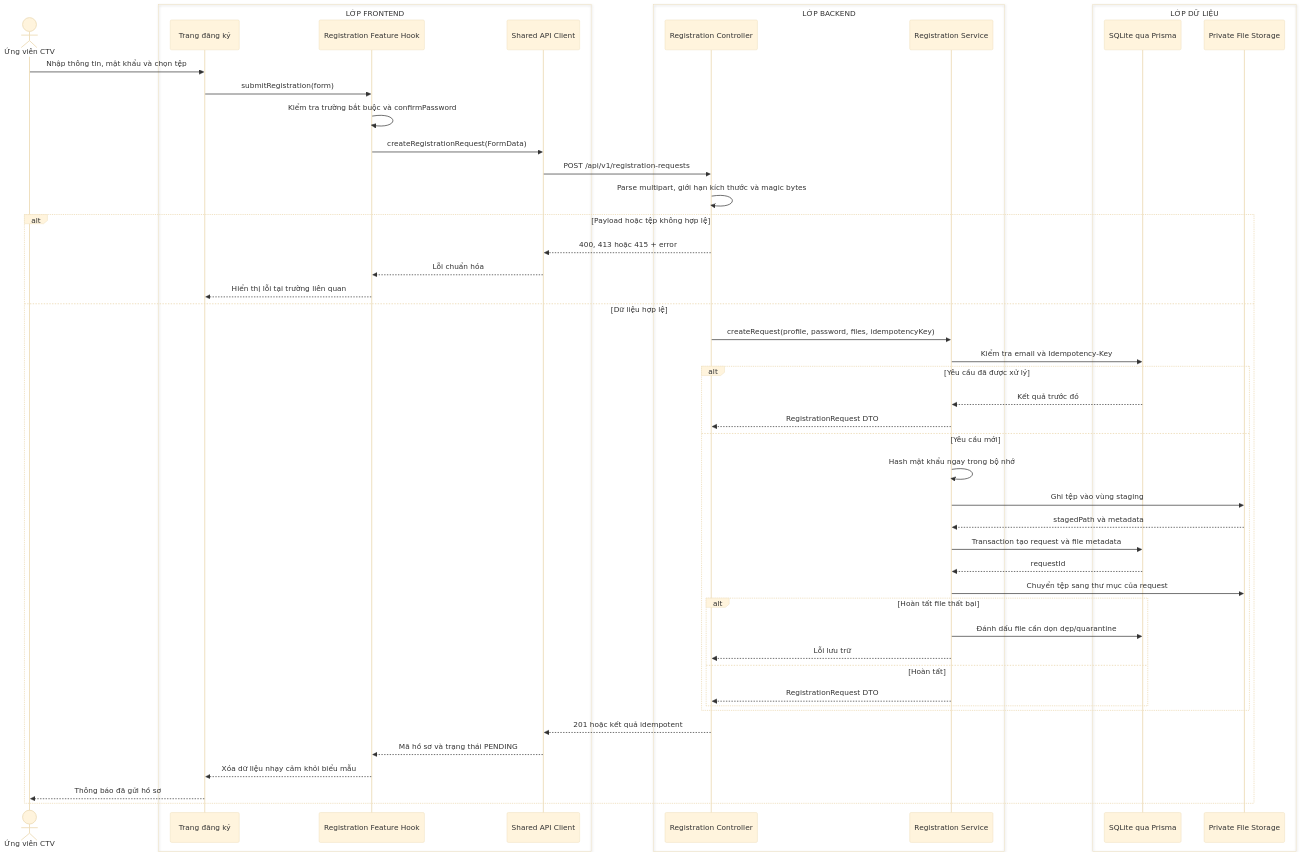
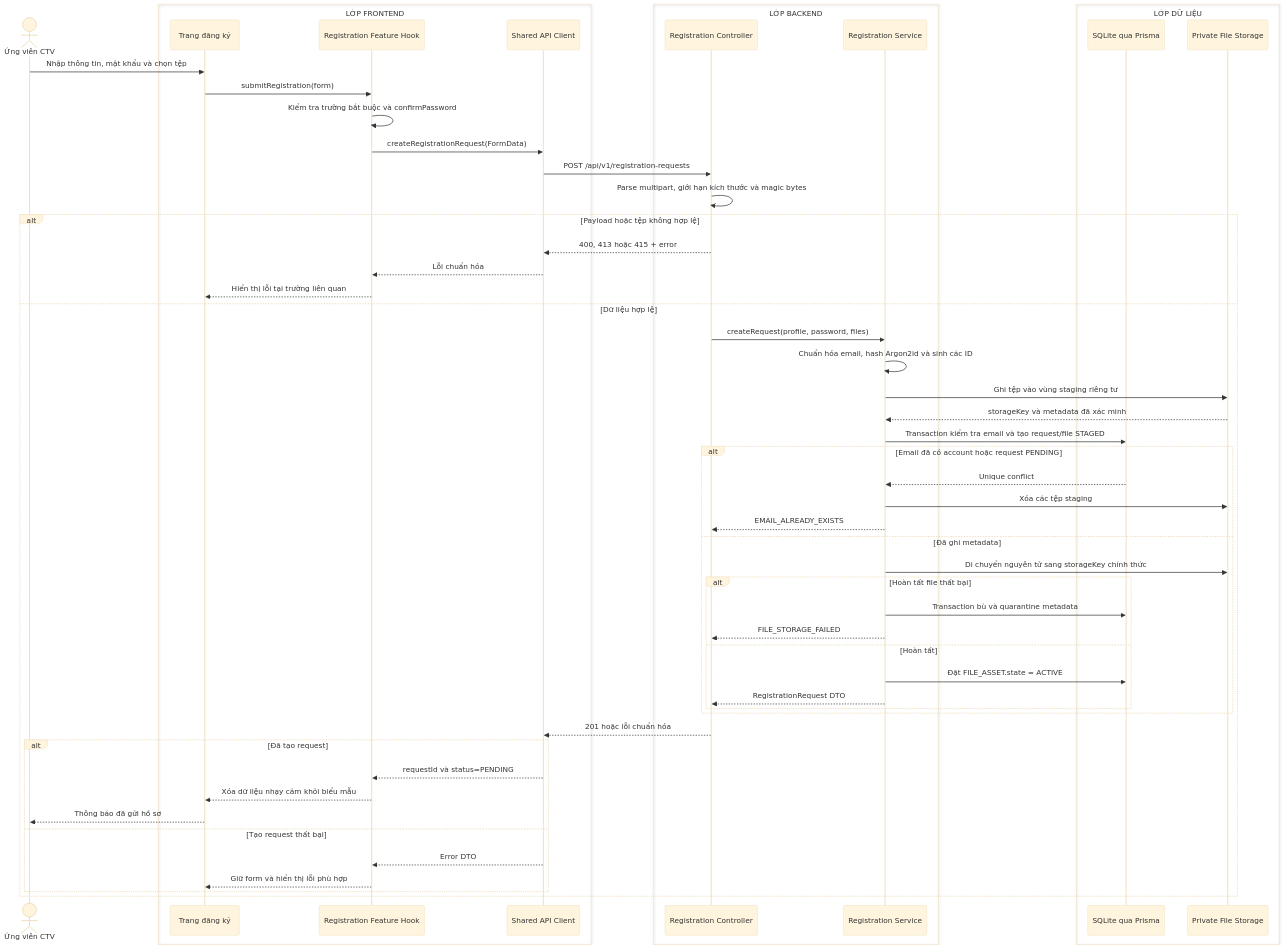
One commit to MINHDZVODICH/ctv-manage changed the diagram in docs/sequence-diagrams/02-dang-ky.md. Above: the diagram before and after it, drawn with Mermaid (base theme). The commit also changed other lines of this file and 227 other files, not shown here.

````diff
--- a/docs/sequence-diagrams/02-dang-ky.md
+++ b/docs/sequence-diagrams/02-dang-ky.md
@@ -5,54 +5,59 @@
 ```mermaid
 sequenceDiagram
     actor U as Ứng viên CTV
     box LỚP FRONTEND
         participant UI as Trang đăng ký
         participant H as Registration Feature Hook
         participant API as Shared API Client
     end
     box LỚP BACKEND
         participant C as Registration Controller
         participant S as Registration Service
     end
     box LỚP DỮ LIỆU
         participant DB as SQLite qua Prisma
         participant FS as Private File Storage
     end
 
     U->>UI: Nhập thông tin, mật khẩu và chọn tệp
     UI->>H: submitRegistration(form)
     H->>H: Kiểm tra trường bắt buộc và confirmPassword
     H->>API: createRegistrationRequest(FormData)
     API->>C: POST /api/v1/registration-requests
     C->>C: Parse multipart, giới hạn kích thước và magic bytes
 
     alt Payload hoặc tệp không hợp lệ
         C-->>API: 400, 413 hoặc 415 + error
         API-->>H: Lỗi chuẩn hóa
         H-->>UI: Hiển thị lỗi tại trường liên quan
     else Dữ liệu hợp lệ
-        C->>S: createRequest(profile, password, files, idempotencyKey)
-        S->>DB: Kiểm tra email và Idempotency-Key
-        alt Yêu cầu đã được xử lý
-            DB-->>S: Kết quả trước đó
-            S-->>C: RegistrationRequest DTO
-        else Yêu cầu mới
-            S->>S: Hash mật khẩu ngay trong bộ nhớ
-            S->>FS: Ghi tệp vào vùng staging
-            FS-->>S: stagedPath và metadata
-            S->>DB: Transaction tạo request và file metadata
-            DB-->>S: requestId
-            S->>FS: Chuyển tệp sang thư mục của request
+        C->>S: createRequest(profile, password, files)
+        S->>S: Chuẩn hóa email, hash Argon2id và sinh các ID
+        S->>FS: Ghi tệp vào vùng staging riêng tư
+        FS-->>S: storageKey và metadata đã xác minh
+        S->>DB: Transaction kiểm tra email và tạo request/file STAGED
+        alt Email đã có account hoặc request PENDING
+            DB-->>S: Unique conflict
+            S->>FS: Xóa các tệp staging
+            S-->>C: EMAIL_ALREADY_EXISTS
+        else Đã ghi metadata
+            S->>FS: Di chuyển nguyên tử sang storageKey chính thức
             alt Hoàn tất file thất bại
-                S->>DB: Đánh dấu file cần dọn dẹp/quarantine
-                S-->>C: Lỗi lưu trữ
+                S->>DB: Transaction bù và quarantine metadata
+                S-->>C: FILE_STORAGE_FAILED
             else Hoàn tất
+                S->>DB: Đặt FILE_ASSET.state = ACTIVE
                 S-->>C: RegistrationRequest DTO
             end
         end
-        C-->>API: 201 hoặc kết quả idempotent
-        API-->>H: Mã hồ sơ và trạng thái PENDING
-        H-->>UI: Xóa dữ liệu nhạy cảm khỏi biểu mẫu
-        UI-->>U: Thông báo đã gửi hồ sơ
+        C-->>API: 201 hoặc lỗi chuẩn hóa
+        alt Đã tạo request
+            API-->>H: requestId và status=PENDING
+            H-->>UI: Xóa dữ liệu nhạy cảm khỏi biểu mẫu
+            UI-->>U: Thông báo đã gửi hồ sơ
+        else Tạo request thất bại
+            API-->>H: Error DTO
+            H-->>UI: Giữ form và hiển thị lỗi phù hợp
+        end
     end
 ```
````
